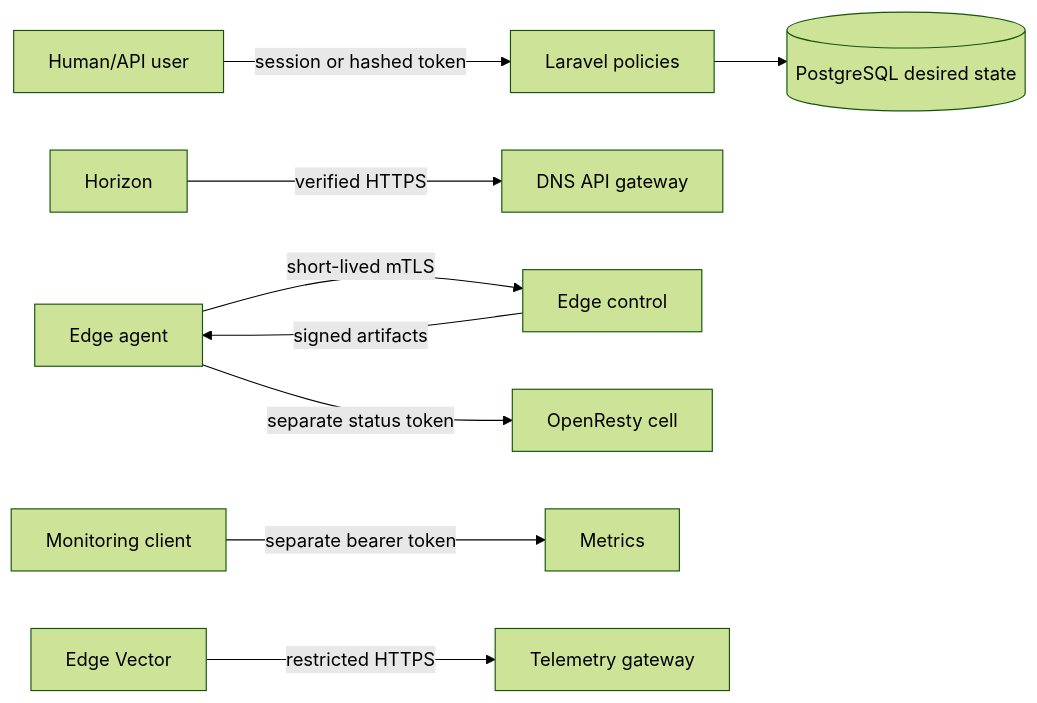
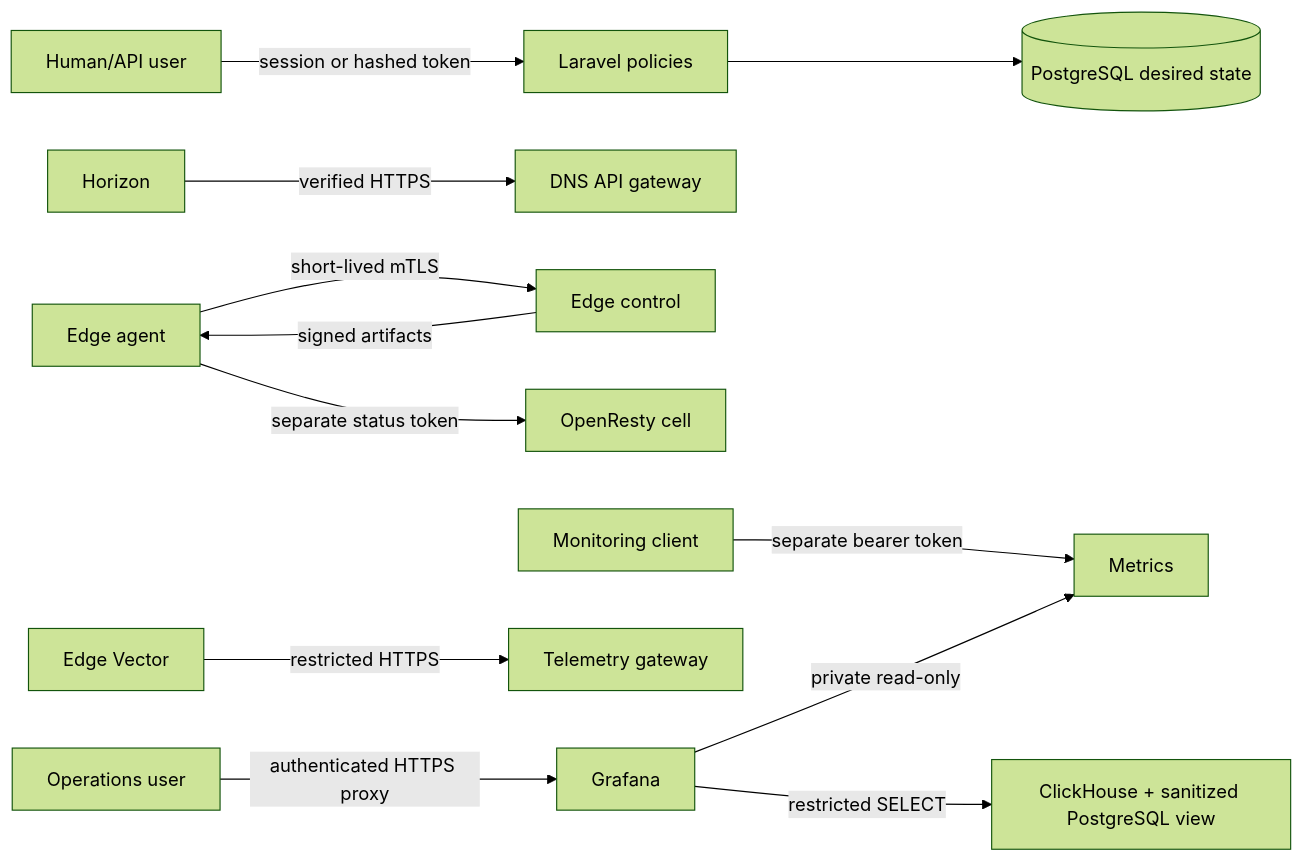
One commit to vaheed/CDNFoundry changed the diagram in docs/security/index.md. Above: the diagram before and after it, drawn with Mermaid (forest theme). The commit also changed other lines of this file and 43 other files, not shown here.

Commit message:
feat(observability): add Grafana command centers

````diff
--- a/docs/security/index.md
+++ b/docs/security/index.md
@@ -12,11 +12,14 @@
 ```mermaid
 flowchart LR
     Human["Human/API user"] -->|"session or hashed token"| Policy["Laravel policies"]
     Policy --> Desired[("PostgreSQL desired state")]
     Worker["Horizon"] -->|"verified HTTPS"| DNSAPI["DNS API gateway"]
     Agent["Edge agent"] -->|"short-lived mTLS"| EdgeControl["Edge control"]
     EdgeControl -->|"signed artifacts"| Agent
     Agent -->|"separate status token"| Cell["OpenResty cell"]
     Monitor["Monitoring client"] -->|"separate bearer token"| Metrics["Metrics"]
     Vector["Edge Vector"] -->|"restricted HTTPS"| Telemetry["Telemetry gateway"]
+    Operator["Operations user"] -->|"authenticated HTTPS proxy"| Grafana["Grafana"]
+    Grafana -->|"private read-only"| Metrics
+    Grafana -->|"restricted SELECT"| ObservabilityData["ClickHouse + sanitized PostgreSQL view"]
 ```
````
